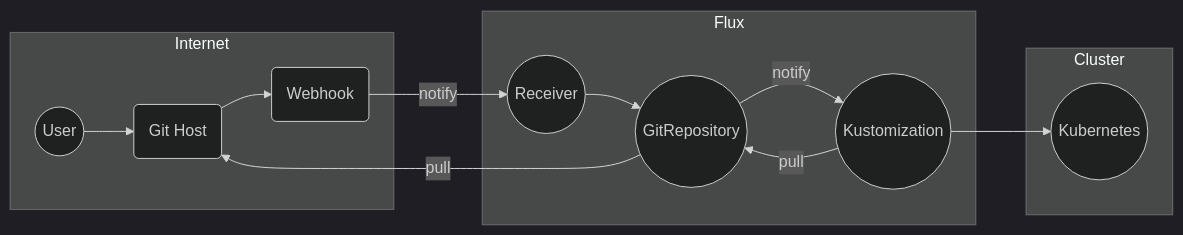
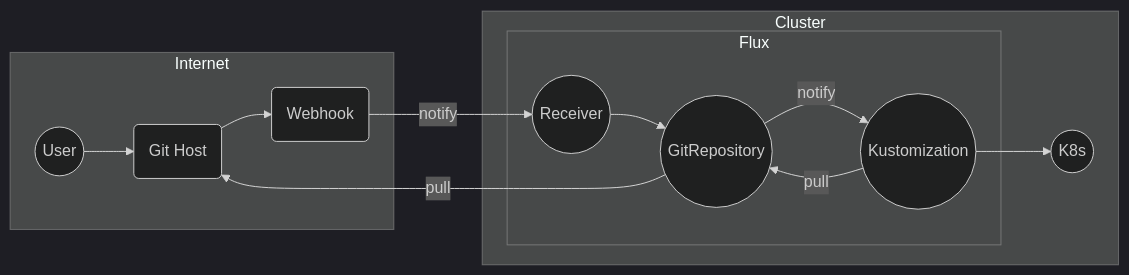
Before and after one commit to kingdonb/rit-csh-slides: the fourth of 6 diagrams in lightning.md, drawn with Mermaid (dark theme). The commit also changed other lines of this file, not shown here.

````diff
--- a/lightning.md
+++ b/lightning.md
@@ -96,26 +96,26 @@
 ```mermaid
 flowchart LR
 
 subgraph Internet
 A((User))
 B(Git Host)
 W(Webhook)
 end
 
 A --> B --> W -- notify --> R
 
+subgraph Cluster
 subgraph Flux
 R((Receiver))
 G -- pull --> B
 G((GitRepository))
 K((Kustomization))
 G -- notify --> K
 K -- pull --> G
 R --> G
 end
 
-subgraph Cluster
-L((Kubernetes))
+L((K8s))
 K --> L
 end
 ```
````
